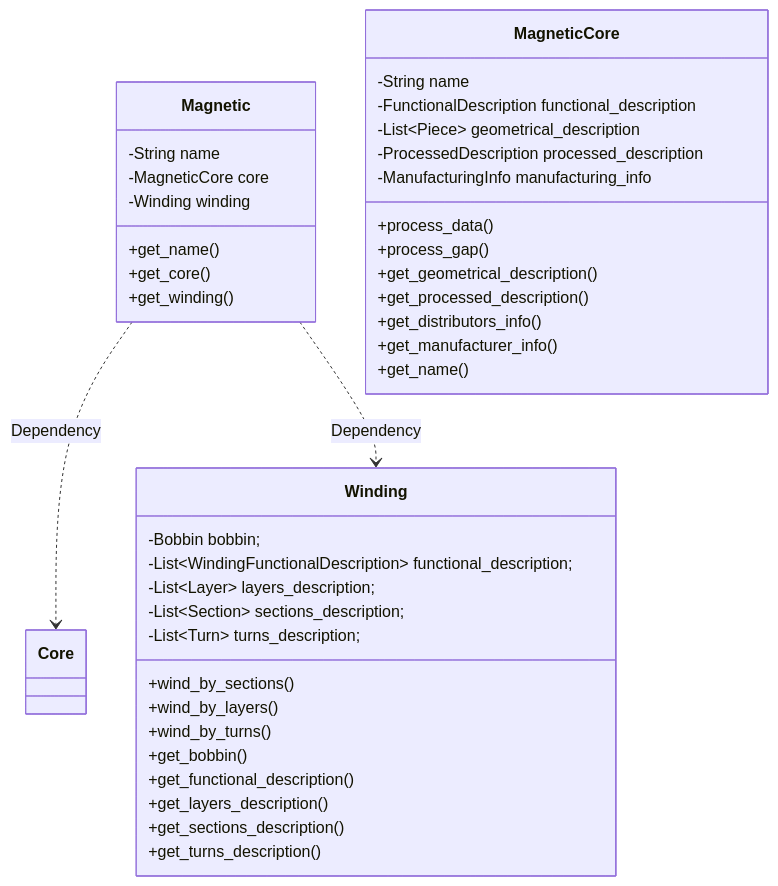
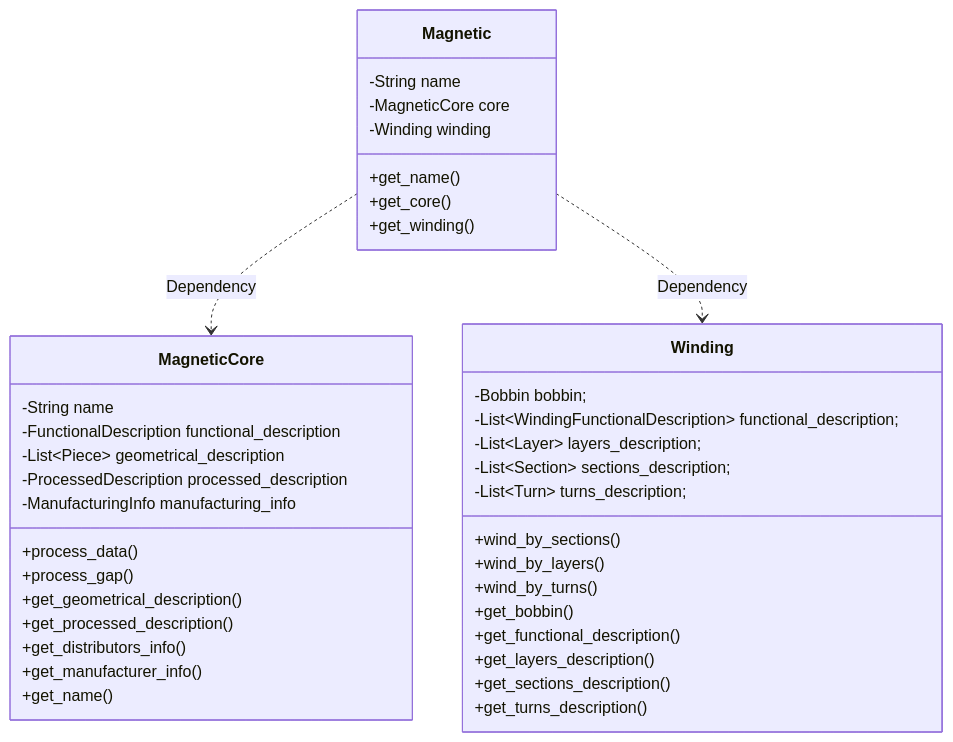
One commit to OpenMagnetics/MAS changed the diagram in docs/magnetic.md. Above: the diagram before and after it, drawn with Mermaid.

````diff
--- a/docs/magnetic.md
+++ b/docs/magnetic.md
@@ -17,53 +17,53 @@
 ```mermaid
 classDiagram
 
 class Magnetic {
     
     -String name
     -MagneticCore core
     -Winding winding
 
 	+get_name()
 	+get_core()
 	+get_winding()
     
 }
-Magnetic ..> Core : Dependency
+Magnetic ..> MagneticCore : Dependency
 Magnetic ..> Winding : Dependency
 
 
 class MagneticCore {
 
     -String name
     -FunctionalDescription functional_description
     -List~Piece~ geometrical_description
     -ProcessedDescription processed_description
     -ManufacturingInfo manufacturing_info
 
 	+process_data()
 	+process_gap()
 	+get_geometrical_description()
 	+get_processed_description()
 	+get_distributors_info()
 	+get_manufacturer_info()
 	+get_name()
 }
 
 class Winding {
     -Bobbin bobbin;
     -List~WindingFunctionalDescription~ functional_description;
     -List~Layer~ layers_description;
     -List~Section~ sections_description;
     -List~Turn~ turns_description;
 
 	+wind_by_sections()
 	+wind_by_layers()
 	+wind_by_turns()
 	+get_bobbin()
 	+get_functional_description()
 	+get_layers_description()
 	+get_sections_description()
 	+get_turns_description()
 }
 
 ```
````
